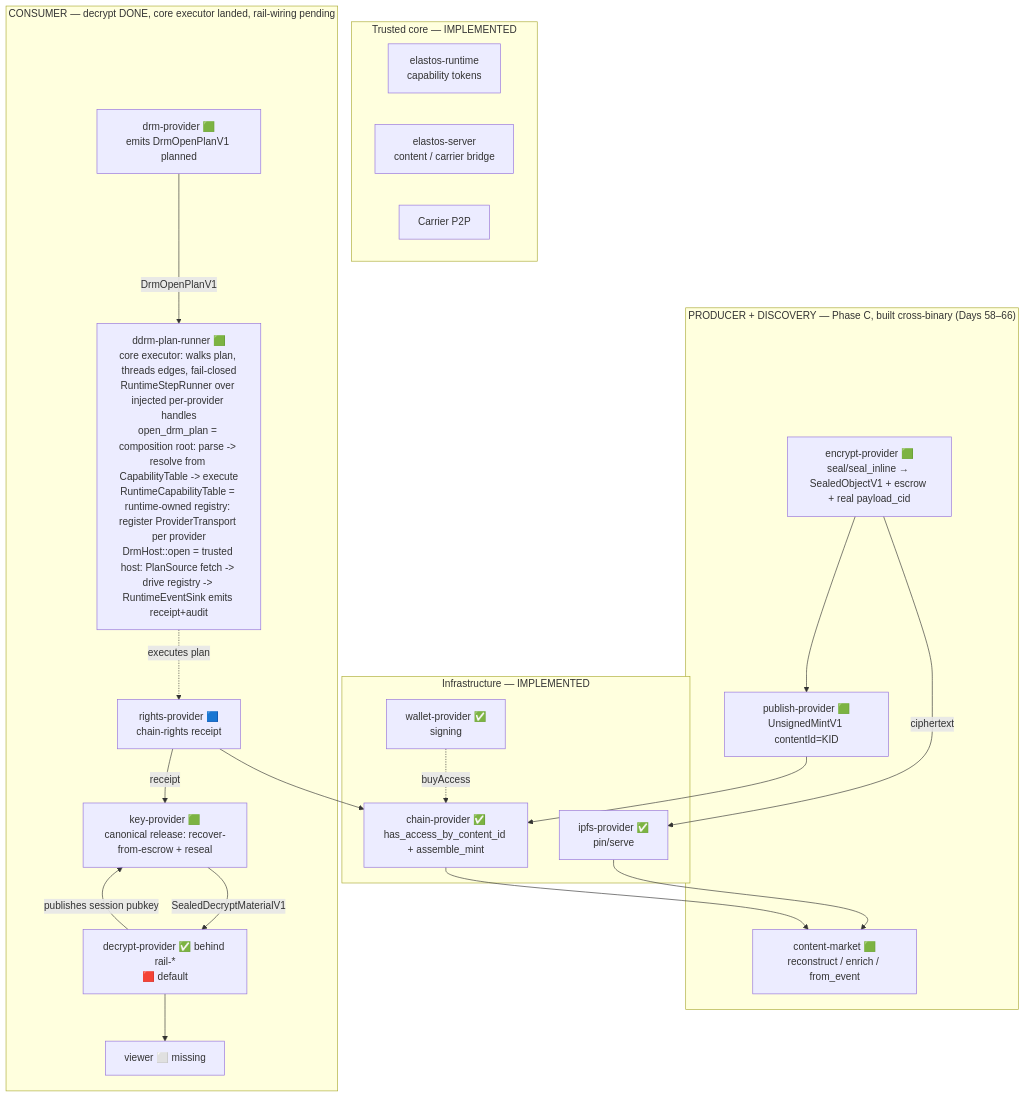
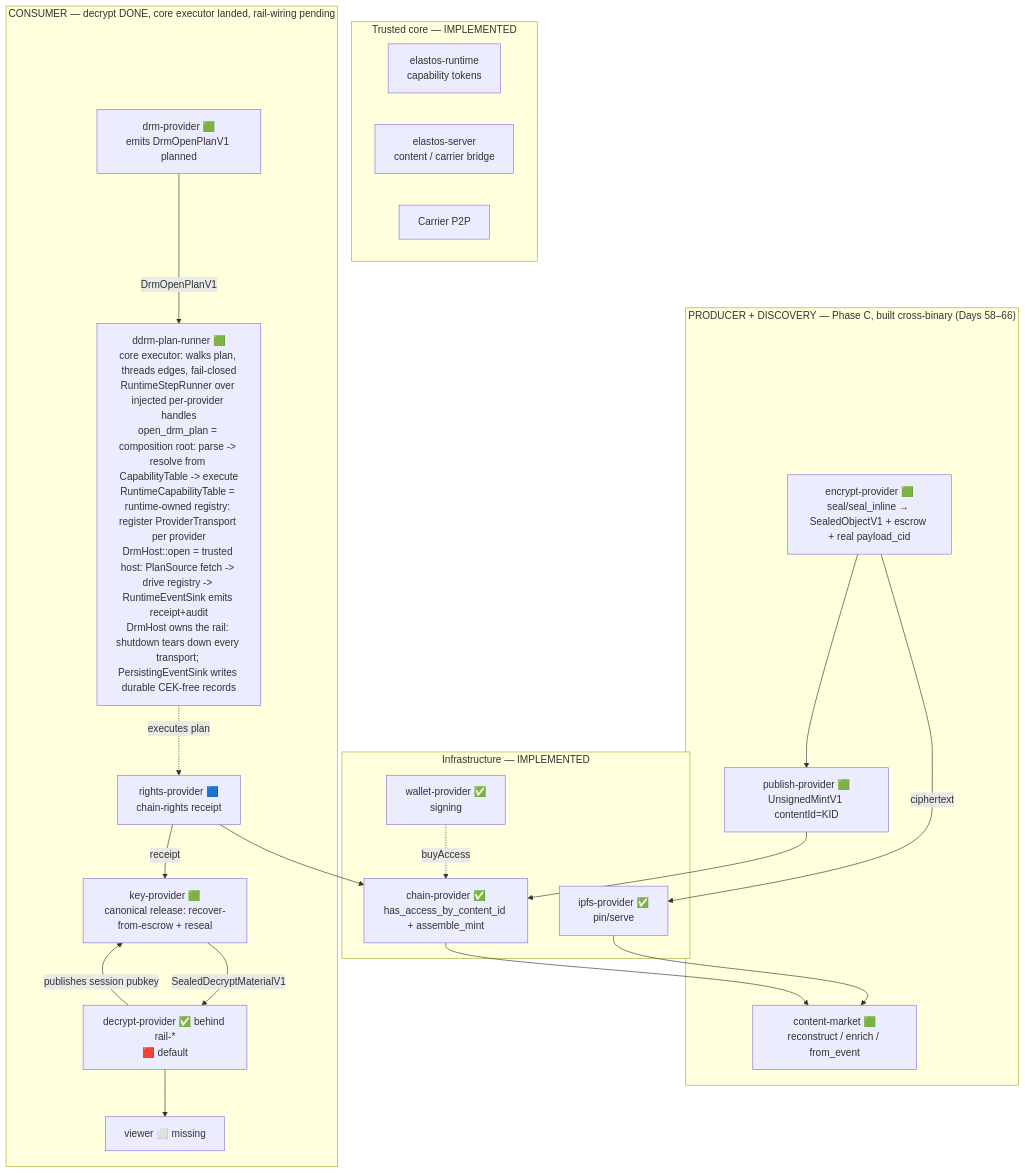
Before and after one commit to Elacity/elastos-runtime: the first of 2 diagrams in docs/convergence/SYSTEM_ARCHITECTURE_MAP.md, drawn with Mermaid. The commit also changed other lines of this file and 6 other files, not shown here.

First line of the commit message:
ddrm(Day77-78/Phase A): the trusted host OWNS THE RAIL + PERSISTS the open — host-owned transport teardown + a durable CEK-free event sink, fail-closed

````diff
--- a/docs/convergence/SYSTEM_ARCHITECTURE_MAP.md
+++ b/docs/convergence/SYSTEM_ARCHITECTURE_MAP.md
@@ -122,34 +122,34 @@
 ```mermaid
 flowchart TB
   subgraph core["Trusted core — IMPLEMENTED"]
     RT[elastos-runtime<br/>capability tokens]
     SRV[elastos-server<br/>content / carrier bridge]
     CAR[Carrier P2P]
   end
   subgraph infra["Infrastructure — IMPLEMENTED"]
     IPFS[ipfs-provider ✅<br/>pin/serve]
     CHN[chain-provider ✅<br/>has_access_by_content_id + assemble_mint]
     WLT[wallet-provider ✅<br/>signing]
   end
   subgraph prod["PRODUCER + DISCOVERY — Phase C, built cross-binary (Days 58–66)"]
     ENC[encrypt-provider 🟩<br/>seal/seal_inline → SealedObjectV1 + escrow + real payload_cid]
     PUBP[publish-provider 🟩<br/>UnsignedMintV1 contentId=KID]
     MKT[content-market 🟩<br/>reconstruct / enrich / from_event]
   end
   subgraph cons["CONSUMER — decrypt DONE, core executor landed, rail-wiring pending"]
     DRM[drm-provider 🟩<br/>emits DrmOpenPlanV1 planned]
-    CORE[ddrm-plan-runner 🟩<br/>core executor: walks plan, threads edges, fail-closed<br/>RuntimeStepRunner over injected per-provider handles<br/>open_drm_plan = composition root: parse -> resolve from CapabilityTable -> execute<br/>RuntimeCapabilityTable = runtime-owned registry: register ProviderTransport per provider<br/>DrmHost::open = trusted host: PlanSource fetch -> drive registry -> RuntimeEventSink emits receipt+audit]
+    CORE[ddrm-plan-runner 🟩<br/>core executor: walks plan, threads edges, fail-closed<br/>RuntimeStepRunner over injected per-provider handles<br/>open_drm_plan = composition root: parse -> resolve from CapabilityTable -> execute<br/>RuntimeCapabilityTable = runtime-owned registry: register ProviderTransport per provider<br/>DrmHost::open = trusted host: PlanSource fetch -> drive registry -> RuntimeEventSink emits receipt+audit<br/>DrmHost owns the rail: shutdown tears down every transport; PersistingEventSink writes durable CEK-free records]
     RTS[rights-provider 🟦<br/>chain-rights receipt]
     KEY[key-provider 🟩<br/>canonical release: recover-from-escrow + reseal]
     DEC[decrypt-provider ✅ behind rail-*<br/>🟥 default]
     VIEW[viewer ⬜ missing]
   end
   ENC --> PUBP --> CHN
   ENC -->|ciphertext| IPFS --> MKT
   CHN --> MKT
   WLT -. buyAccess .-> CHN
   DRM -->|DrmOpenPlanV1| CORE
   CORE -. executes plan .-> RTS --> CHN
   RTS -->|receipt| KEY -->|SealedDecryptMaterialV1| DEC --> VIEW
   DEC -->|publishes session pubkey| KEY
 ```
````
